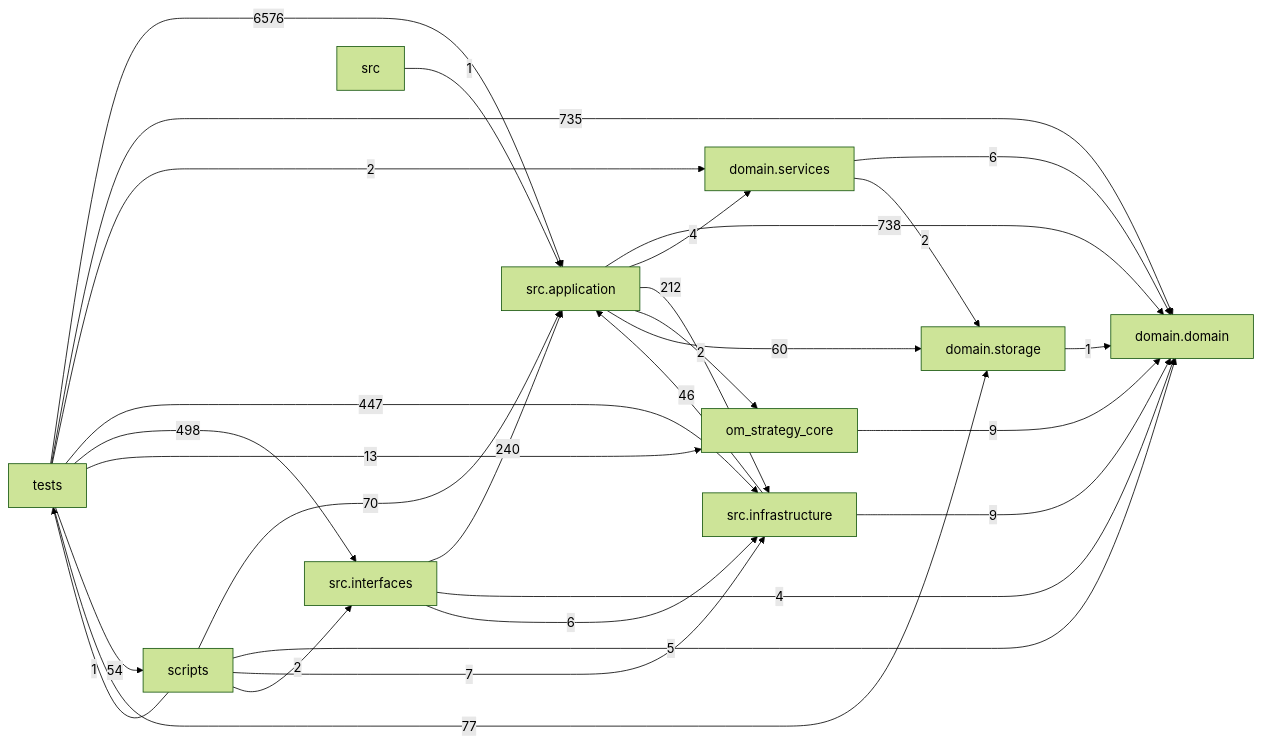
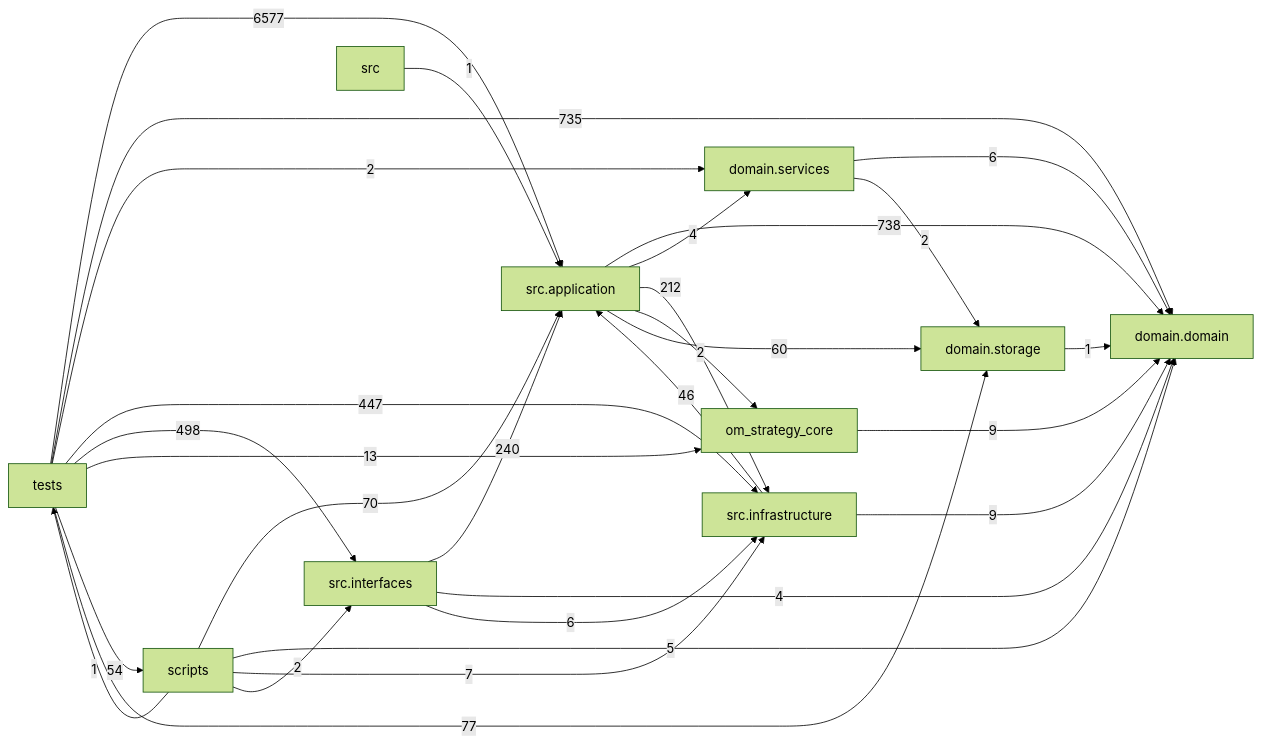
One commit to liuxie066/options-monitor changed the diagram in docs/DEPENDENCY_GRAPH.md. Above: the diagram before and after it, drawn with Mermaid (forest theme). The commit also changed other lines of this file and 2 other files, not shown here.

````diff
--- a/docs/DEPENDENCY_GRAPH.md
+++ b/docs/DEPENDENCY_GRAPH.md
@@ -24,39 +24,39 @@
 ```mermaid
 flowchart LR
   tests["tests"]
   scripts["scripts"]
   interfaces["src.interfaces"]
   application["src.application"]
   infrastructure["src.infrastructure"]
   domain_services["domain.services"]
   domain["domain.domain"]
   storage["domain.storage"]
   application -->|738| domain
   application -->|4| domain_services
   application -->|212| infrastructure
   application -->|2| om_strategy_core
   application -->|60| storage
   domain_services -->|6| domain
   domain_services -->|2| storage
   infrastructure -->|46| application
   infrastructure -->|9| domain
   interfaces -->|240| application
   interfaces -->|4| domain
   interfaces -->|6| infrastructure
   om_strategy_core -->|9| domain
   scripts -->|70| application
   scripts -->|5| domain
   scripts -->|7| infrastructure
   scripts -->|2| interfaces
   scripts -->|1| tests
   src -->|1| application
   storage -->|1| domain
-  tests -->|6576| application
+  tests -->|6577| application
   tests -->|735| domain
   tests -->|2| domain_services
   tests -->|447| infrastructure
   tests -->|498| interfaces
   tests -->|13| om_strategy_core
   tests -->|54| scripts
   tests -->|77| storage
 ```
````
